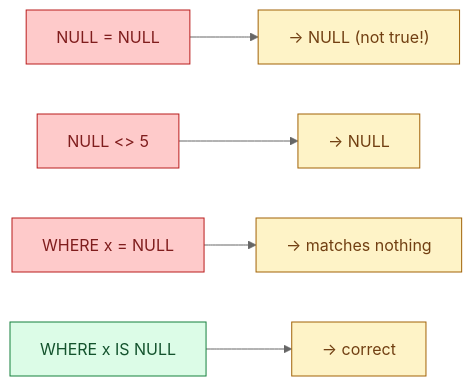
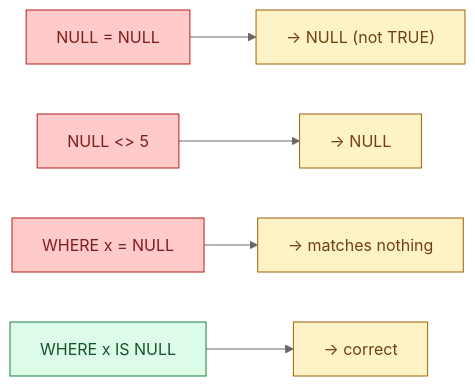
Before and after one commit to shiningflash/shiningflash.github.io: the first of 2 diagrams in _de_concepts/005-null-semantics.md, drawn with Mermaid (neutral theme). The commit also changed other lines of this file and 5 other files, not shown here.

````diff
--- a/_de_concepts/005-null-semantics.md
+++ b/_de_concepts/005-null-semantics.md
@@ -12,11 +16,11 @@
 ```mermaid
 flowchart LR
-    A["NULL = NULL"]:::r --> R1["→ NULL (not true!)"]:::out
+    A["NULL = NULL"]:::r --> R1["→ NULL (not TRUE)"]:::out
     B["NULL <> 5"]:::r --> R2["→ NULL"]:::out
     C["WHERE x = NULL"]:::r --> R3["→ matches nothing"]:::out
     D["WHERE x IS NULL"]:::g --> R4["→ correct"]:::out
 
     classDef r fill:#fecaca,stroke:#b91c1c,color:#7f1d1d
     classDef g fill:#dcfce7,stroke:#15803d,color:#14532d
     classDef out fill:#fef3c7,stroke:#a16207,color:#713f12
 ```
````
